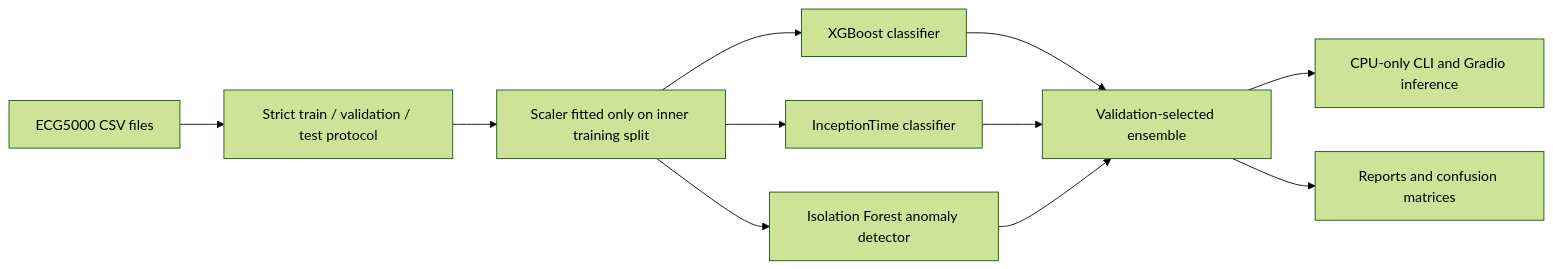
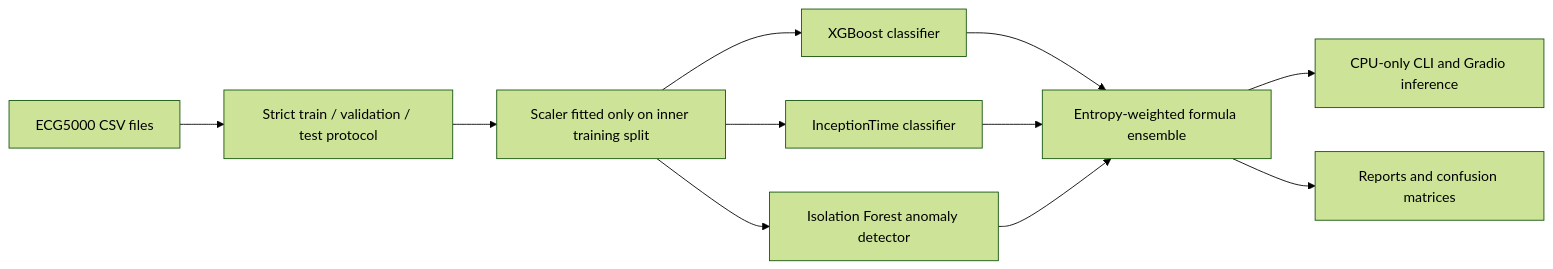
The diagram in README.md (Ernestosant/Classification-of-cardiac-abnormalities), drawn with Mermaid (forest theme) before and after one commit. The commit also changed other lines of this file and 25 other files, not shown here.

Commit message:
Implement entropy-weighted three-model ensemble

````diff
--- a/README.md
+++ b/README.md
@@ -50,13 +54,13 @@
 ```mermaid
 flowchart LR
     A["ECG5000 CSV files"] --> B["Strict train / validation / test protocol"]
     B --> C["Scaler fitted only on inner training split"]
     C --> D["XGBoost classifier"]
     C --> E["InceptionTime classifier"]
     C --> F["Isolation Forest anomaly detector"]
-    D --> G["Validation-selected ensemble"]
+    D --> G["Entropy-weighted formula ensemble"]
     E --> G
     F --> G
     G --> H["CPU-only CLI and Gradio inference"]
     G --> I["Reports and confusion matrices"]
 ```
````
